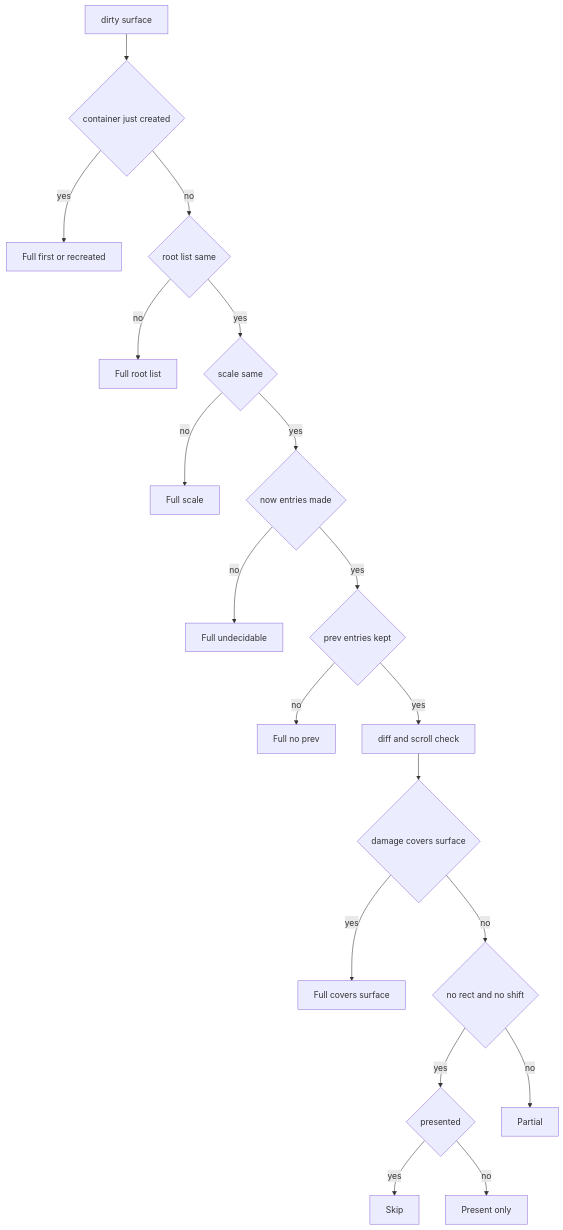
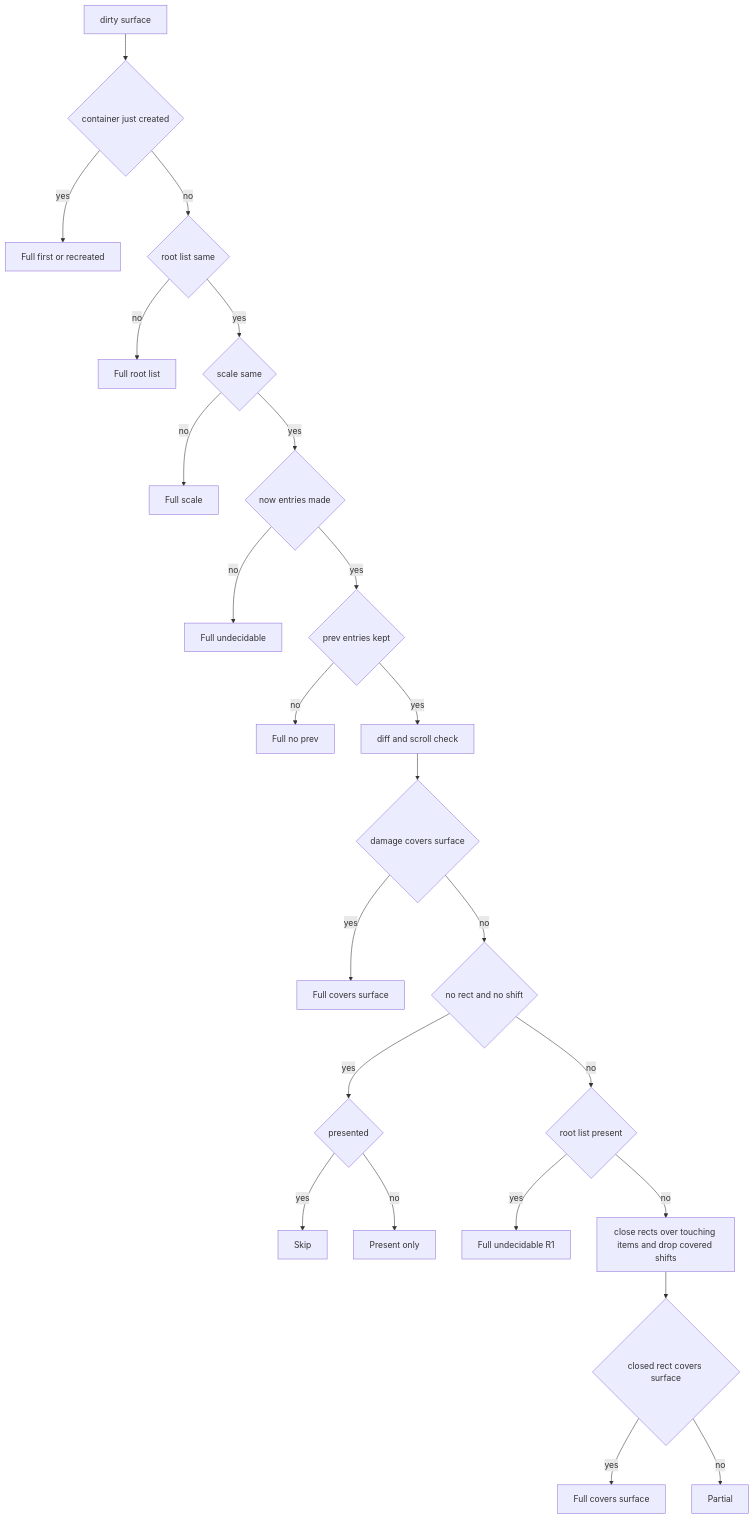
The second of 4 diagrams in .kiro/specs/wintf-visual-damage-redraw/design.md (ekicyou/areka), drawn with Mermaid before and after one commit. The commit also changed other lines of this file, not shown here.

Commit message:
docs(wintf-visual-damage-redraw): 計画の流れ図と依存の向きを作りに合わせる

````diff
--- a/.kiro/specs/wintf-visual-damage-redraw/design.md
+++ b/.kiro/specs/wintf-visual-damage-redraw/design.md
@@ -148,21 +148,26 @@
 ```mermaid
 flowchart TD
     Start[dirty surface] --> Fresh{container just created}
     Fresh -->|yes| FullFresh[Full first or recreated]
     Fresh -->|no| Root{root list same}
     Root -->|no| FullRoot[Full root list]
     Root -->|yes| Scale{scale same}
     Scale -->|no| FullScale[Full scale]
     Scale -->|yes| Now{now entries made}
     Now -->|no| FullUnd[Full undecidable]
     Now -->|yes| Prev{prev entries kept}
     Prev -->|no| FullNoPrev[Full no prev]
     Prev -->|yes| Diff[diff and scroll check]
     Diff --> Cover{damage covers surface}
     Cover -->|yes| FullCover[Full covers surface]
     Cover -->|no| Empty{no rect and no shift}
     Empty -->|yes| Presented{presented}
     Presented -->|yes| Skip[Skip]
     Presented -->|no| PresentOnly[Present only]
-    Empty -->|no| Partial[Partial]
+    Empty -->|no| RootP{root list present}
+    RootP -->|yes| FullUnd2[Full undecidable R1]
+    RootP -->|no| Close[close rects over touching items and drop covered shifts]
+    Close --> Cover2{closed rect covers surface}
+    Cover2 -->|yes| FullCover2[Full covers surface]
+    Cover2 -->|no| Partial[Partial]
 ```
````
